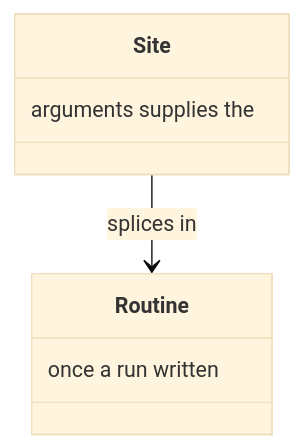
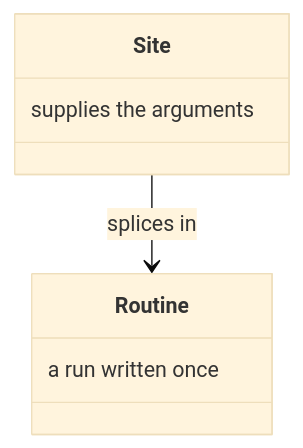
One commit to m2ux/workflow-server changed diagram 12 of 20 in docs/architecture.md. Above: the diagram before and after it, drawn with Mermaid (base theme). The commit also changed other lines of this file and 10 other files, not shown here.

Commit message:
Write each class-box note in reading order so the diagram shows the phrase as written.

````diff
--- a/docs/architecture.md
+++ b/docs/architecture.md
@@ -167,10 +167,10 @@
 ```mermaid
 classDiagram
   class Routine {
-    once a run written
+    a run written once
   }
   class Site {
-    arguments supplies the
+    supplies the arguments
   }
   Site --> Routine : splices in
 ```
````
